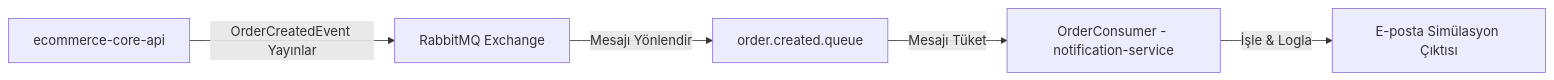
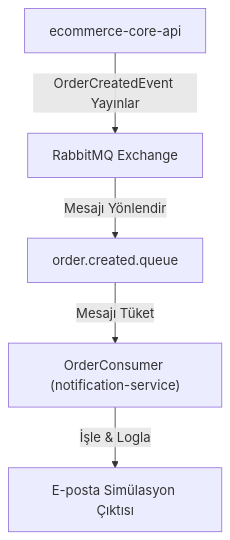
Before and after one commit to yusufkayiss/notification-service: the second of 2 diagrams in README.md, drawn with Mermaid. The commit also changed other lines of this file, not shown here.

Commit message:
Revise architecture diagrams and installation steps
Updated architecture diagrams and installation instructions in both English and Turkish sections.

````diff
--- a/README.md
+++ b/README.md
@@ -71,7 +71,7 @@
 ```mermaid
-graph LR
-    CoreAPI[ecommerce-core-api] -->|OrderCreatedEvent Yayınlar| Exchange[RabbitMQ Exchange]
-    Exchange -->|Mesajı Yönlendir| Queue[order.created.queue]
-    Queue -->|Mesajı Tüket| Consumer[OrderConsumer - notification-service]
-    Consumer -->|İşle & Logla| Email[E-posta Simülasyon Çıktısı]
+graph TD
+    CoreAPI["ecommerce-core-api"] -->|OrderCreatedEvent Yayınlar| Exchange["RabbitMQ Exchange"]
+    Exchange -->|Mesajı Yönlendir| Queue["order.created.queue"]
+    Queue -->|Mesajı Tüket| Consumer["OrderConsumer (notification-service)"]
+    Consumer -->|İşle & Logla| Email["E-posta Simülasyon Çıktısı"]
 ```
````
